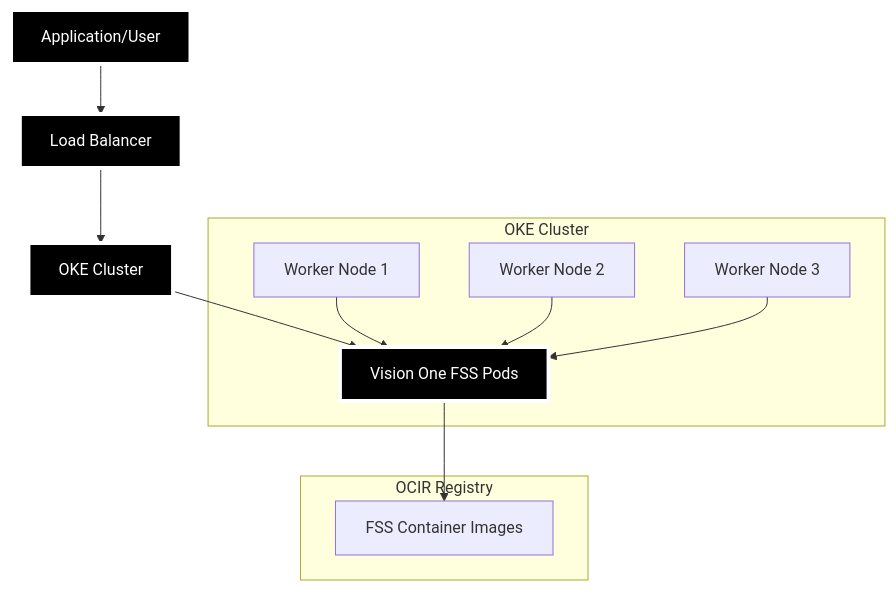
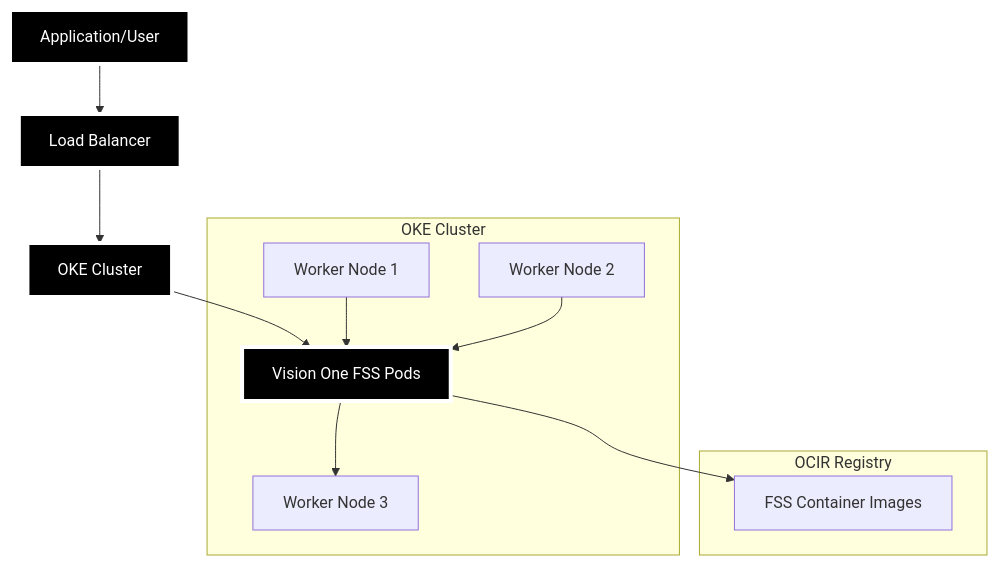
One commit to uragupathy-trend/v1-fss-oke-scanengine changed the diagram in README.md. Above: the diagram before and after it, drawn with Mermaid.

````diff
--- a/README.md
+++ b/README.md
@@ -7,28 +7,28 @@
 ```mermaid
 flowchart TB
     A[Application/User] --> B[Load Balancer]
     B --> C[OKE Cluster]
     C --> D[Vision One FSS Pods]
    
     
     subgraph OKE["OKE Cluster"]
         C1[Worker Node 1]
         C2[Worker Node 2]
         C3[Worker Node 3]
         C1 --> D
         C2 --> D
-        C3 --> D
+        D --> C3
     end
     
     subgraph Registry["OCIR Registry"]
         I[FSS Container Images]
     end
     
     D --> I
     
     style A fill:#000000,stroke:#ffffff,stroke-width:4px,color:#ffffff
     style B fill:#000000,stroke:#ffffff,stroke-width:4px,color:#ffffff
     style C fill:#000000,stroke:#ffffff,stroke-width:4px,color:#ffffff
     style D fill:#000000,stroke:#ffffff,stroke-width:4px,color:#ffffff
   
 ```
````
